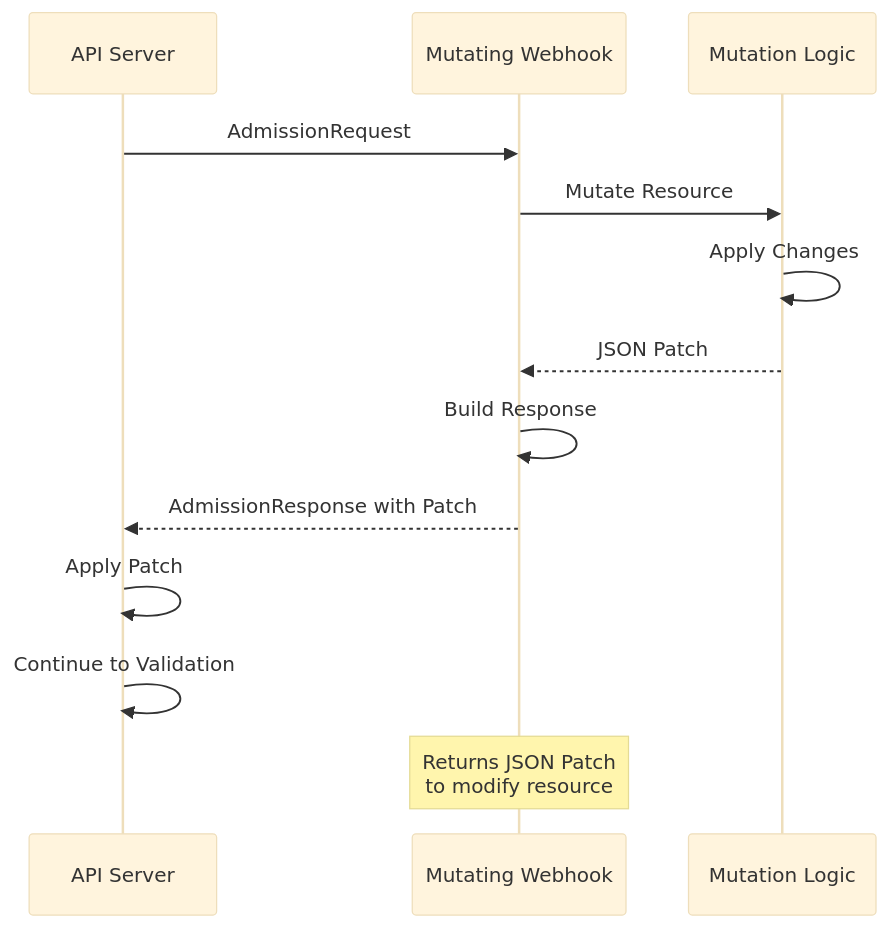
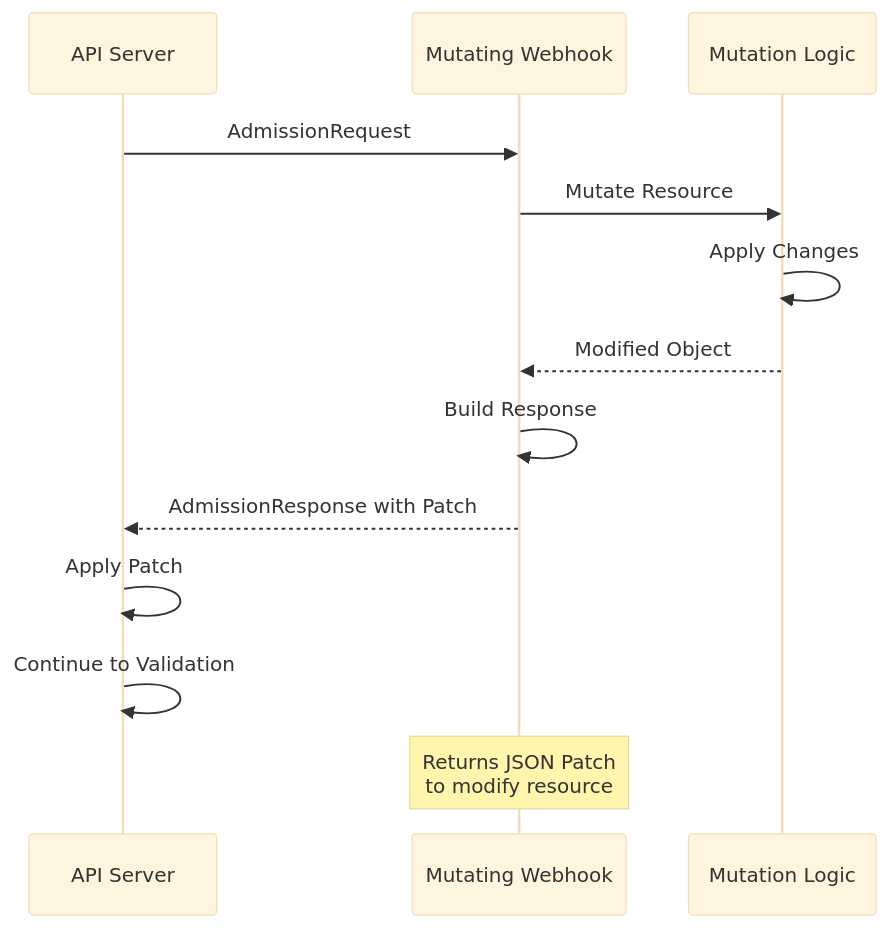
Before and after one commit to piyushjajoo/k8s-operators-course: the first of 3 diagrams in module-05/lessons/03-mutating-webhooks.md, drawn with Mermaid (base theme). The commit also changed other lines of this file and 4 other files, not shown here.

````diff
--- a/module-05/lessons/03-mutating-webhooks.md
+++ b/module-05/lessons/03-mutating-webhooks.md
@@ -13,17 +13,17 @@
 ```mermaid
 sequenceDiagram
     participant API as API Server
     participant Webhook as Mutating Webhook
     participant Logic as Mutation Logic
     
     API->>Webhook: AdmissionRequest
     Webhook->>Logic: Mutate Resource
     Logic->>Logic: Apply Changes
-    Logic-->>Webhook: JSON Patch
+    Logic-->>Webhook: Modified Object
     Webhook->>Webhook: Build Response
     Webhook-->>API: AdmissionResponse with Patch
     API->>API: Apply Patch
     API->>API: Continue to Validation
     
     Note over Webhook: Returns JSON Patch<br/>to modify resource
 ```
````
